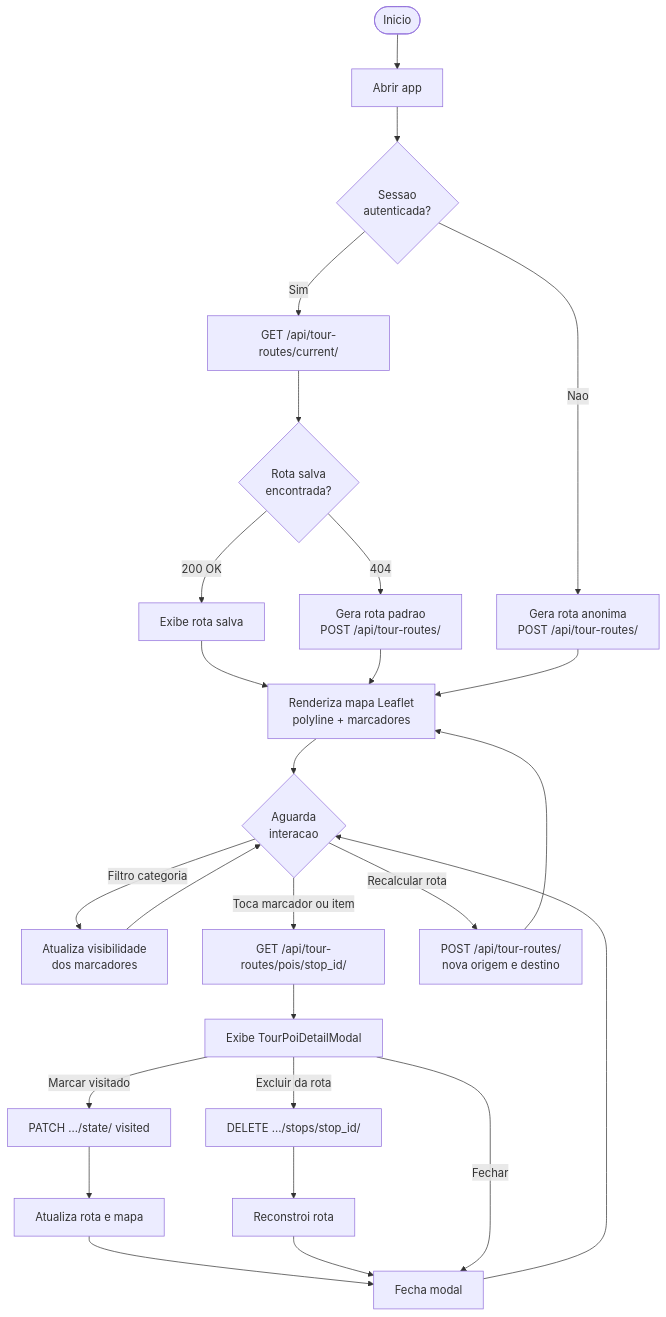
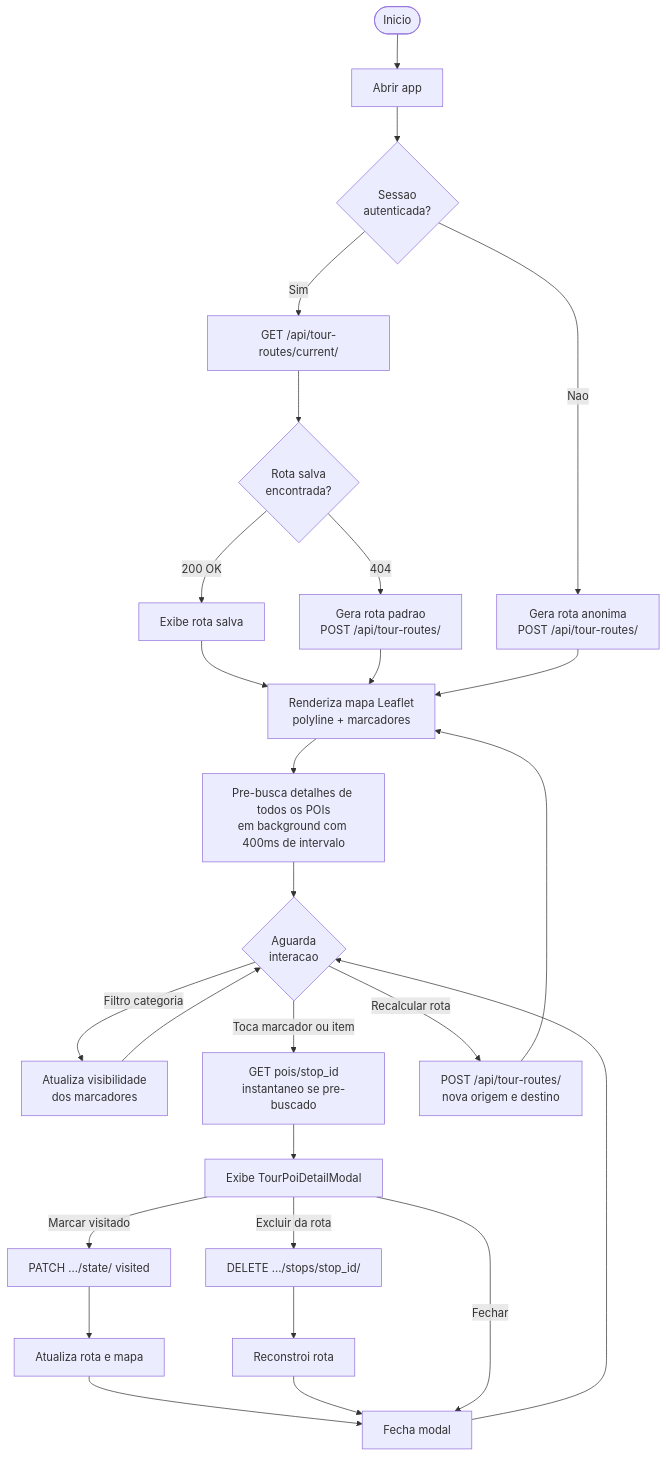
One commit to Portugol-Devoteers/explora-plus-docs changed the ninth of 10 diagrams in MODELAGEM.md. Above: the diagram before and after it, drawn with Mermaid. The commit also changed 5 other files, not shown here.

First line of the commit message:
docs: atualiza modelagem e diagramas com interceptor de auth e pre-busca

````diff
--- a/MODELAGEM.md
+++ b/MODELAGEM.md
@@ -489,38 +489,39 @@
 ```mermaid
 flowchart TD
     Start([Inicio]) --> OpenApp[Abrir app]
     OpenApp --> AuthCheck{Sessao\nautenticada?}
 
     AuthCheck -->|Sim| TryCurrentRoute[GET /api/tour-routes/current/]
     TryCurrentRoute --> RouteFound{Rota salva\nencontrada?}
     RouteFound -->|200 OK| ShowRoute[Exibe rota salva]
     RouteFound -->|404| GenDefault[Gera rota padrao\nPOST /api/tour-routes/]
 
     AuthCheck -->|Nao| GenAnon[Gera rota anonima\nPOST /api/tour-routes/]
 
     ShowRoute --> RenderMap
     GenDefault --> RenderMap
     GenAnon --> RenderMap[Renderiza mapa Leaflet\npolyline + marcadores]
 
-    RenderMap --> Idle{Aguarda\ninteracao}
+    RenderMap --> Prefetch[Pre-busca detalhes de todos os POIs\nem background com 400ms de intervalo]
+    Prefetch --> Idle{Aguarda\ninteracao}
 
     Idle -->|Filtro categoria| Filter[Atualiza visibilidade\ndos marcadores]
     Filter --> Idle
 
-    Idle -->|Toca marcador ou item| OpenDetail[GET /api/tour-routes/pois/stop_id/]
+    Idle -->|Toca marcador ou item| OpenDetail[GET pois/stop_id\ninstantaneo se pre-buscado]
     OpenDetail --> Modal[Exibe TourPoiDetailModal]
 
     Modal -->|Marcar visitado| PatchVisited[PATCH .../state/ visited]
     PatchVisited --> UpdateRoute[Atualiza rota e mapa]
     UpdateRoute --> CloseModal
 
     Modal -->|Excluir da rota| DeleteStop[DELETE .../stops/stop_id/]
     DeleteStop --> RebuildRoute[Reconstroi rota]
     RebuildRoute --> CloseModal
 
     Modal -->|Fechar| CloseModal[Fecha modal]
     CloseModal --> Idle
 
     Idle -->|Recalcular rota| NewRoute[POST /api/tour-routes/\nnova origem e destino]
     NewRoute --> RenderMap
 ```
````
